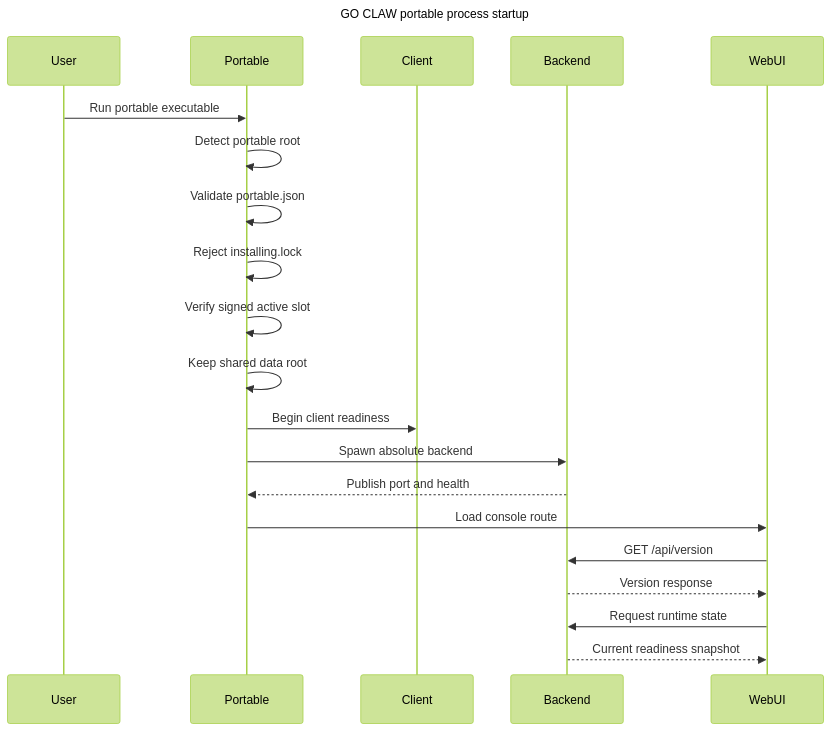
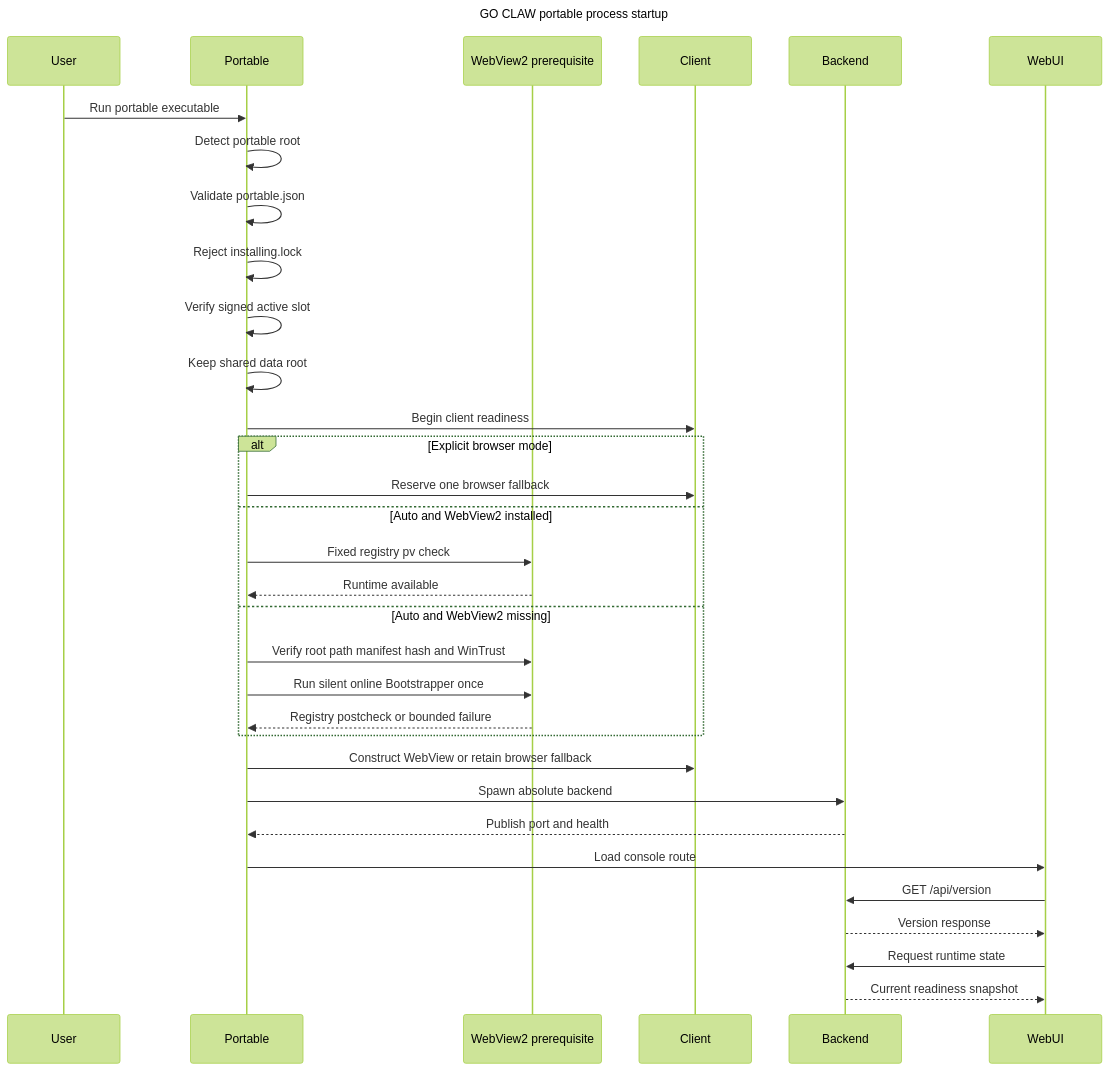
One commit to GresonKwan/GO-Claw-2.0 changed the first of 7 diagrams in docs/GO-CLAW-运行时序与维护规则.zh.md. Above: the diagram before and after it, drawn with Mermaid (forest theme). The commit also changed other lines of this file and 57 other files, not shown here.

````diff
--- a/docs/GO-CLAW-运行时序与维护规则.zh.md
+++ b/docs/GO-CLAW-运行时序与维护规则.zh.md
@@ -28,24 +28,36 @@
 ```mermaid
 sequenceDiagram
     title GO CLAW portable process startup
     participant User
     participant Portable
+    participant Prerequisite as WebView2 prerequisite
     participant Client
     participant Backend
     participant WebUI
 
     User->>Portable: Run portable executable
     Portable->>Portable: Detect portable root
     Portable->>Portable: Validate portable.json
     Portable->>Portable: Reject installing.lock
     Portable->>Portable: Verify signed active slot
     Portable->>Portable: Keep shared data root
     Portable->>Client: Begin client readiness
+    alt Explicit browser mode
+        Portable->>Client: Reserve one browser fallback
+    else Auto and WebView2 installed
+        Portable->>Prerequisite: Fixed registry pv check
+        Prerequisite-->>Portable: Runtime available
+    else Auto and WebView2 missing
+        Portable->>Prerequisite: Verify root path manifest hash and WinTrust
+        Portable->>Prerequisite: Run silent online Bootstrapper once
+        Prerequisite-->>Portable: Registry postcheck or bounded failure
+    end
+    Portable->>Client: Construct WebView or retain browser fallback
     Portable->>Backend: Spawn absolute backend
     Backend-->>Portable: Publish port and health
     Portable->>WebUI: Load console route
     WebUI->>Backend: GET /api/version
     Backend-->>WebUI: Version response
     WebUI->>Backend: Request runtime state
     Backend-->>WebUI: Current readiness snapshot
 ```
````
